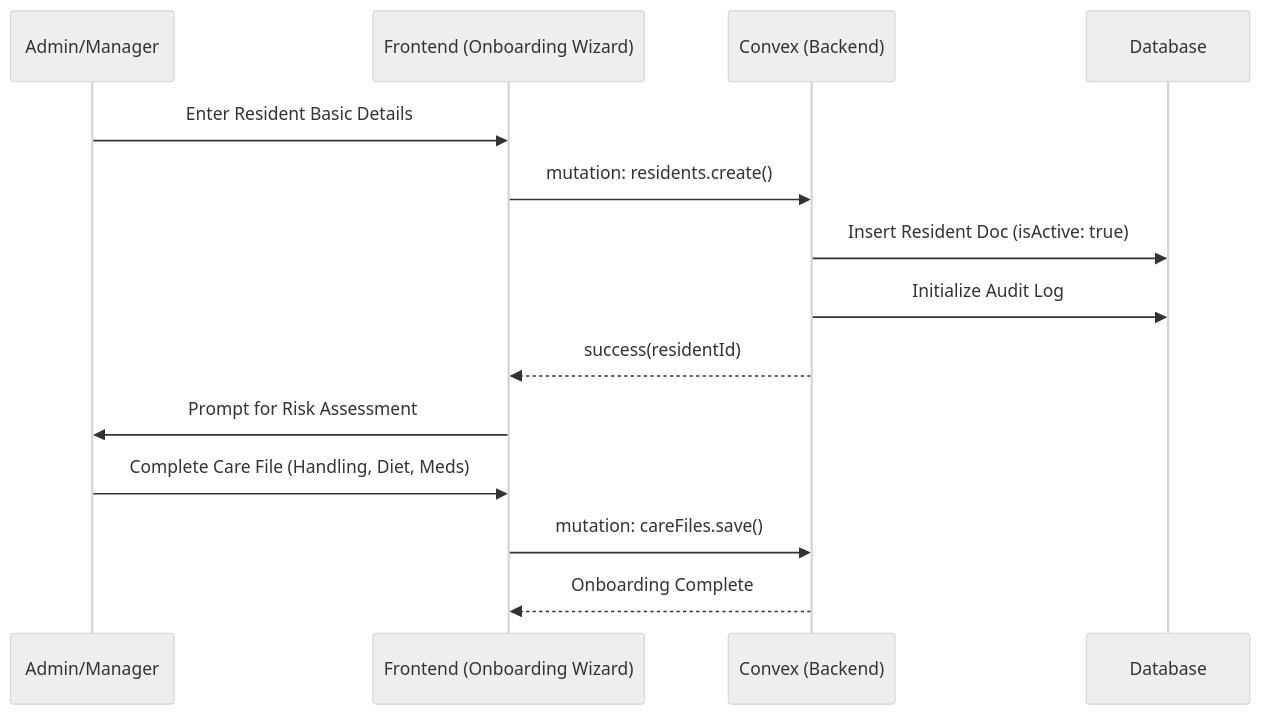
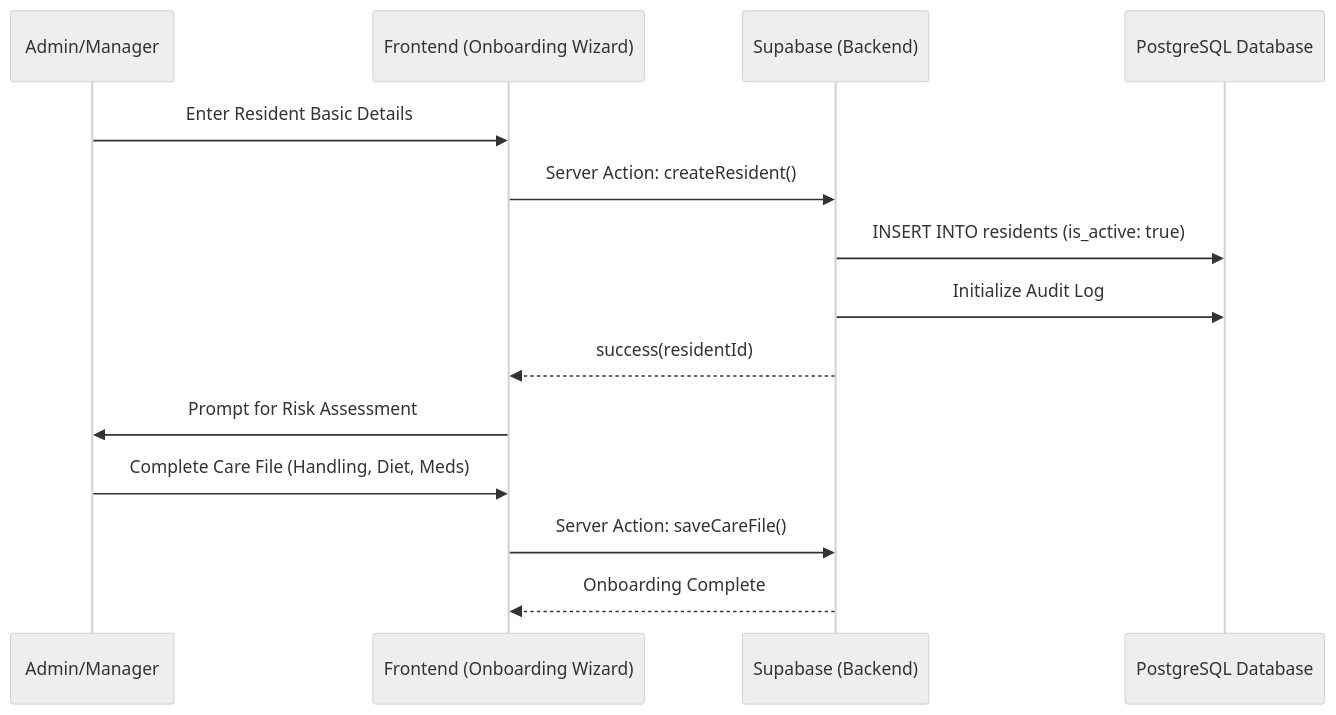
The first of 3 diagrams in docs/FLOWS.md (CareO-HQ/careo), drawn with Mermaid (neutral theme) before and after one commit. The commit also changed 175 other files, not shown here.

````diff
--- a/docs/FLOWS.md
+++ b/docs/FLOWS.md
@@ -6,17 +6,17 @@
 ```mermaid
 sequenceDiagram
     participant A as Admin/Manager
     participant F as Frontend (Onboarding Wizard)
-    participant C as Convex (Backend)
-    participant DB as Database
+    participant S as Supabase (Backend)
+    participant DB as PostgreSQL Database
 
     A->>F: Enter Resident Basic Details
-    F->>C: mutation: residents.create()
-    C->>DB: Insert Resident Doc (isActive: true)
-    C->>DB: Initialize Audit Log
-    C-->>F: success(residentId)
+    F->>S: Server Action: createResident()
+    S->>DB: INSERT INTO residents (is_active: true)
+    S->>DB: Initialize Audit Log
+    S-->>F: success(residentId)
     F->>A: Prompt for Risk Assessment
     A->>F: Complete Care File (Handling, Diet, Meds)
-    F->>C: mutation: careFiles.save()
-    C-->>F: Onboarding Complete
+    F->>S: Server Action: saveCareFile()
+    S-->>F: Onboarding Complete
 ```
````
